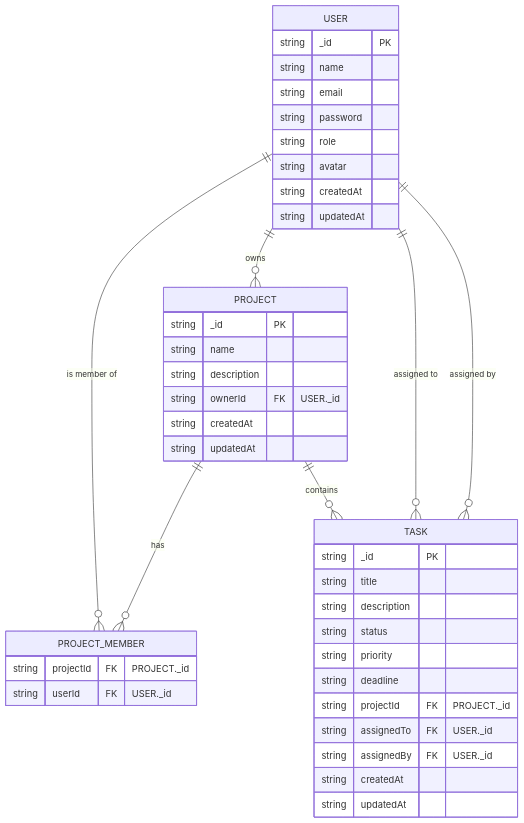
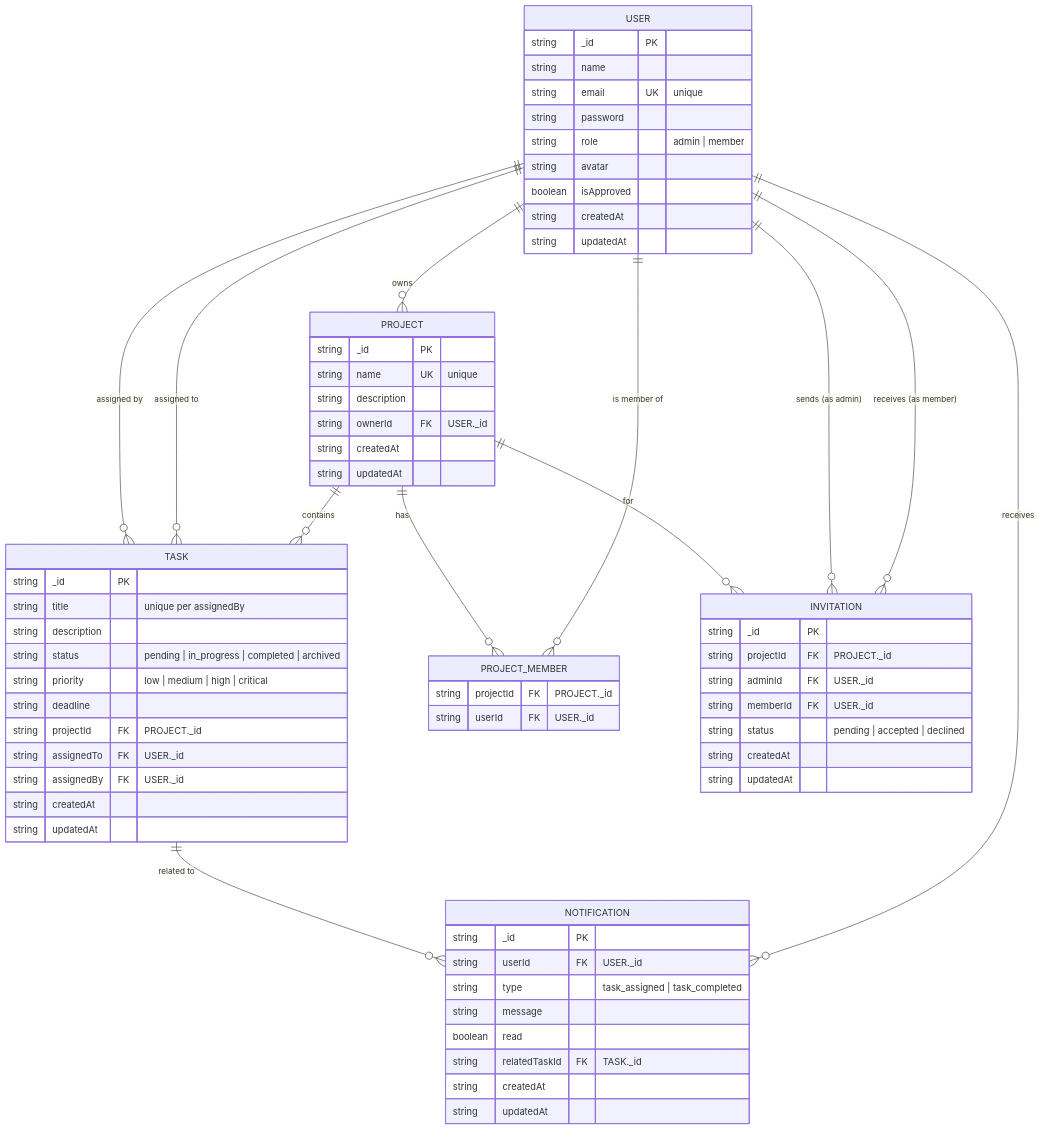
Before and after one commit to deepanshu-sharma425/Smart-Task-Management-System: the diagram in diagrams/ERDiagram.md, drawn with Mermaid. The commit also changed 23 other files, not shown here.

Commit message:
designed diagram

````diff
--- a/diagrams/ERDiagram.md
+++ b/diagrams/ERDiagram.md
@@ -3,48 +3,75 @@
 ```mermaid
 erDiagram
     USER {
         string _id PK
         string name
-        string email
+        string email UK "unique"
         string password
-        string role
+        string role "admin | member"
         string avatar
+        boolean isApproved
         string createdAt
         string updatedAt
     }
 
     PROJECT {
         string _id PK
-        string name
+        string name UK "unique"
         string description
         string ownerId FK "USER._id"
         string createdAt
         string updatedAt
     }
 
     TASK {
         string _id PK
-        string title
+        string title "unique per assignedBy"
         string description
-        string status
-        string priority
+        string status "pending | in_progress | completed | archived"
+        string priority "low | medium | high | critical"
         string deadline
         string projectId FK "PROJECT._id"
         string assignedTo FK "USER._id"
         string assignedBy FK "USER._id"
         string createdAt
         string updatedAt
     }
 
     PROJECT_MEMBER {
         string projectId FK "PROJECT._id"
         string userId FK "USER._id"
     }
 
+    INVITATION {
+        string _id PK
+        string projectId FK "PROJECT._id"
+        string adminId FK "USER._id"
+        string memberId FK "USER._id"
+        string status "pending | accepted | declined"
+        string createdAt
+        string updatedAt
+    }
+
+    NOTIFICATION {
+        string _id PK
+        string userId FK "USER._id"
+        string type "task_assigned | task_completed"
+        string message
+        boolean read
+        string relatedTaskId FK "TASK._id"
+        string createdAt
+        string updatedAt
+    }
+
     USER ||--o{ PROJECT : "owns"
     USER ||--o{ PROJECT_MEMBER : "is member of"
     PROJECT ||--o{ PROJECT_MEMBER : "has"
     PROJECT ||--o{ TASK : "contains"
     USER ||--o{ TASK : "assigned to"
     USER ||--o{ TASK : "assigned by"
+    USER ||--o{ INVITATION : "receives (as member)"
+    USER ||--o{ INVITATION : "sends (as admin)"
+    PROJECT ||--o{ INVITATION : "for"
+    USER ||--o{ NOTIFICATION : "receives"
+    TASK ||--o{ NOTIFICATION : "related to"
 ```
````
